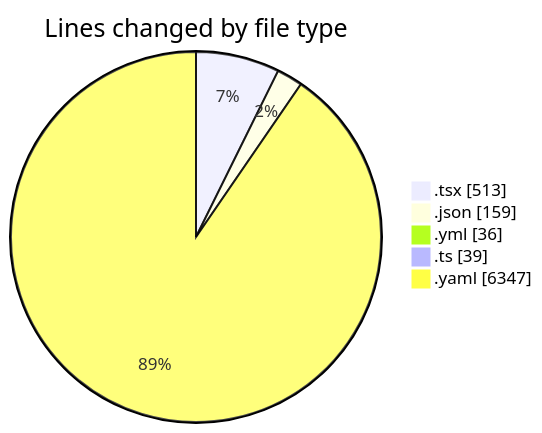
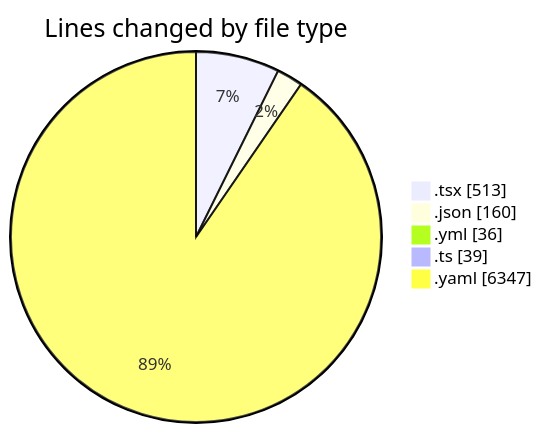
One commit to julien-gomy/code-tracking changed the first of 2 diagrams in 2025-11-27/eventscop-frontend-guide__workspace_/README.md. Above: the diagram before and after it, drawn with Mermaid. The commit also changed other lines of this file and 1 other file, not shown here.

````diff
--- a/2025-11-27/eventscop-frontend-guide__workspace_/README.md
+++ b/2025-11-27/eventscop-frontend-guide__workspace_/README.md
@@ -32,9 +32,9 @@
 ```mermaid
 pie showData
 title Lines changed by file type
 ".tsx" : 513
-".json" : 159
+".json" : 160
 ".yml" : 36
 ".ts" : 39
 ".yaml" : 6347
 ```
````
